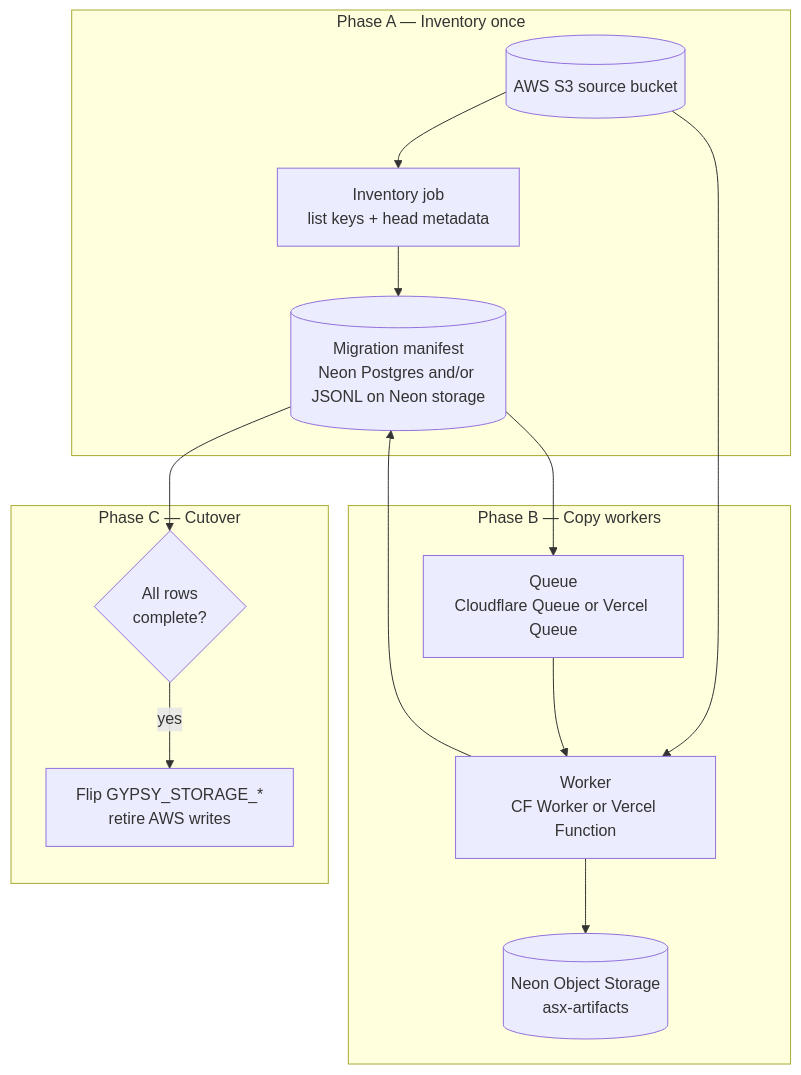
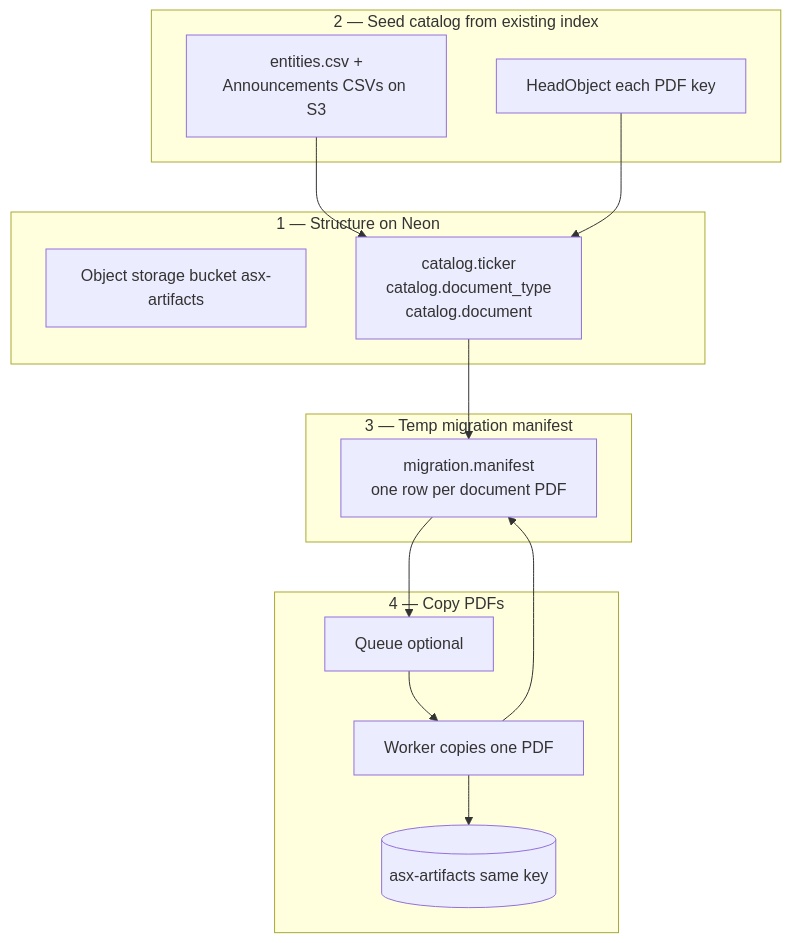
Before and after one commit to nirubanredowl/gypsydanger: the diagram in 0-work/plans/neon-corpus-migration-queue-workers.md, drawn with Mermaid. The commit also changed other lines of this file and 3 other files, not shown here.

First line of the commit message:
Rework Neon migration plan around catalog tables and a PDF manifest

````diff
--- a/0-work/plans/neon-corpus-migration-queue-workers.md
+++ b/0-work/plans/neon-corpus-migration-queue-workers.md
@@ -38,25 +54,27 @@
 ```mermaid
 flowchart TB
-  subgraph inventory [Phase A — Inventory once]
-    S3A[(AWS S3 source bucket)]
-    INV[Inventory job\nlist keys + head metadata]
-    MAN[(Migration manifest\nNeon Postgres and/or JSONL on Neon storage)]
-    S3A --> INV --> MAN
+  subgraph neon [1 — Structure on Neon]
+    BUCKET[Object storage bucket asx-artifacts]
+    CAT[catalog.ticker\ncatalog.document_type\ncatalog.document]
   end
 
-  subgraph orchestration [Phase B — Copy workers]
-    Q[Queue\nCloudflare Queue or Vercel Queue]
-    W[Worker\nCF Worker or Vercel Function]
-    S3A --> W
-    W --> NEON[(Neon Object Storage\nasx-artifacts)]
-    MAN --> Q
-    Q --> W
+  subgraph seed [2 — Seed catalog from existing index]
+    CSV[entities.csv +\nAnnouncements CSVs on S3]
+    HEAD[HeadObject each PDF key]
+    CSV --> CAT
+    HEAD --> CAT
+  end
+
+  subgraph job [3 — Temp migration manifest]
+    MAN[migration.manifest\none row per document PDF]
+    CAT --> MAN
+  end
+
+  subgraph copy [4 — Copy PDFs]
+    Q[Queue optional]
+    W[Worker copies one PDF]
+    STORE[(asx-artifacts same key)]
+    MAN --> Q --> W --> STORE
     W --> MAN
   end
-
-  subgraph done [Phase C — Cutover]
-    GATE{All rows\ncomplete?}
-    MAN --> GATE
-    GATE -->|yes| CUTOVER[Flip GYPSY_STORAGE_*\nretire AWS writes]
-  end
 ```
````
